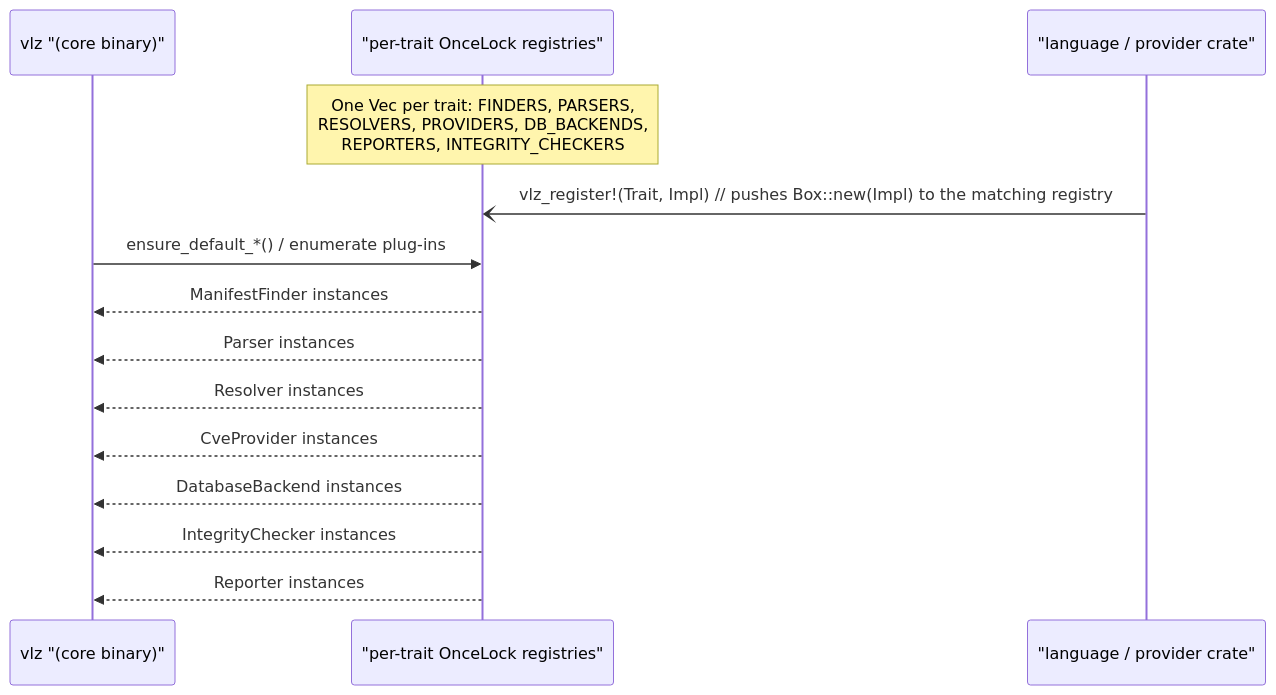
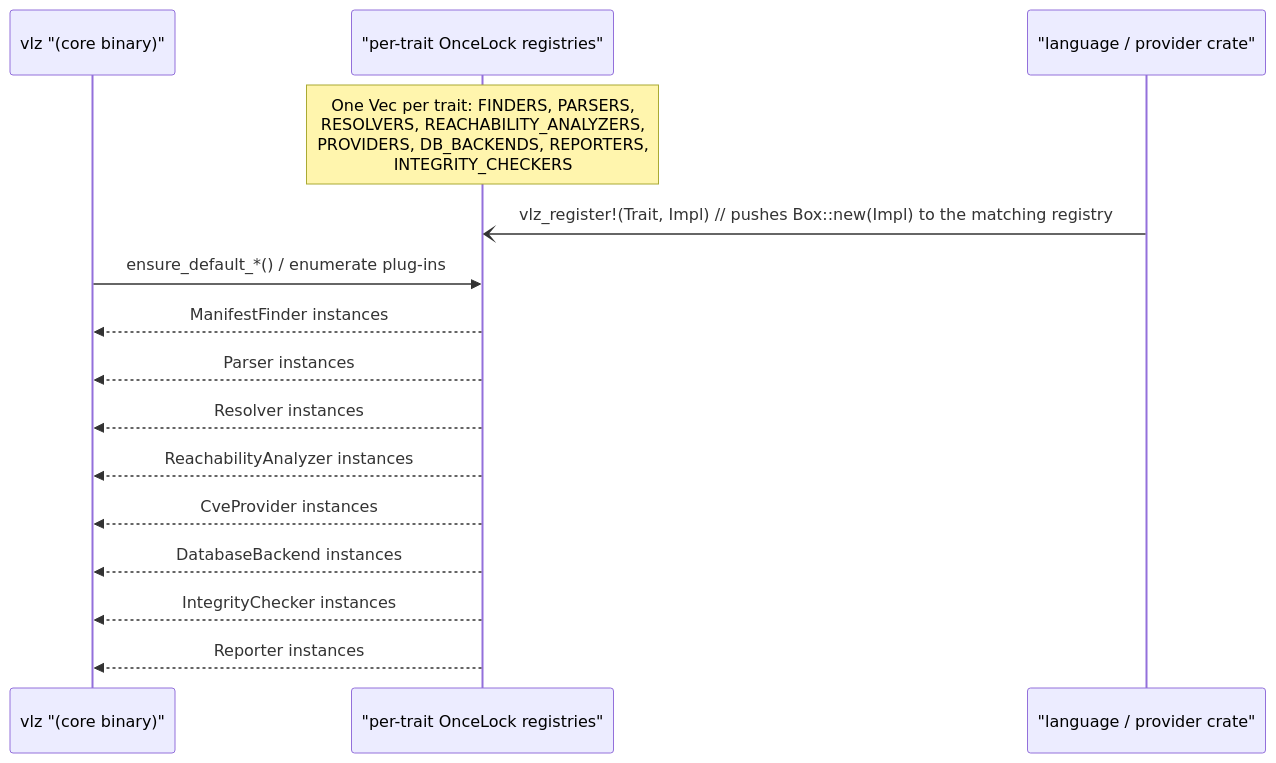
One commit to verilyze/verilyze changed the diagram in architecture/plugin-registration-flow.mmd. Above: the diagram before and after it, drawn with Mermaid. The commit also changed 2 other files, not shown here.

Commit message:
fix: include reachability in mermaid diagrams

```diff
--- a/architecture/plugin-registration-flow.mmd
+++ b/architecture/plugin-registration-flow.mmd
@@ -1,19 +1,20 @@
 sequenceDiagram
     participant Core as vlz "(core binary)"
     participant Registries as "per-trait OnceLock registries"
     participant Plugin as "language / provider crate"
 
-    note over Registries: One Vec per trait: FINDERS, PARSERS,<br/>RESOLVERS, PROVIDERS, DB_BACKENDS,<br/>REPORTERS, INTEGRITY_CHECKERS
+    note over Registries: One Vec per trait: FINDERS, PARSERS,<br/>RESOLVERS, REACHABILITY_ANALYZERS,<br/>PROVIDERS, DB_BACKENDS, REPORTERS,<br/>INTEGRITY_CHECKERS
 
     %% Plug‑in registration (compile-time, one-way)
     Plugin -) Registries: vlz_register!(Trait, Impl)  // pushes Box::new(Impl) to the matching registry
 
     %% Runtime start‑up (core reads the compiled registries)
     Core ->> Registries: ensure_default_*() / enumerate plug‑ins
     Registries -->> Core: ManifestFinder instances
     Registries -->> Core: Parser instances
     Registries -->> Core: Resolver instances
+    Registries -->> Core: ReachabilityAnalyzer instances
     Registries -->> Core: CveProvider instances
     Registries -->> Core: DatabaseBackend instances
     Registries -->> Core: IntegrityChecker instances
     Registries -->> Core: Reporter instances
```
